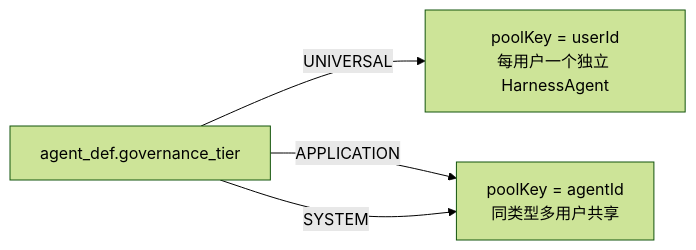
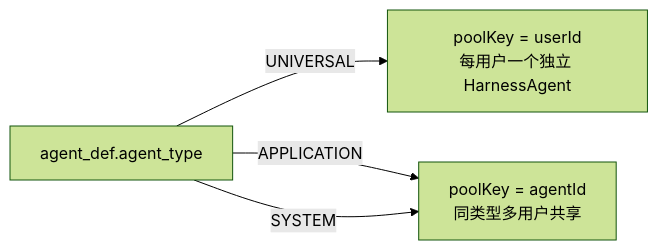
Before and after one commit to HarnessAgentStack/AegisAgent: the fourth of 11 diagrams in docs/runtime-execution-flow.md, drawn with Mermaid (forest theme). The commit also changed other lines of this file and 1 other file, not shown here.

````diff
--- a/docs/runtime-execution-flow.md
+++ b/docs/runtime-execution-flow.md
@@ -105,6 +148,6 @@
 ```mermaid
 flowchart LR
-    A["agent_def.governance_tier"] -->|UNIVERSAL| B["poolKey = userId<br/>每用户一个独立 HarnessAgent"]
+    A["agent_def.agent_type"] -->|UNIVERSAL| B["poolKey = userId<br/>每用户一个独立 HarnessAgent"]
     A -->|APPLICATION| C["poolKey = agentId<br/>同类型多用户共享"]
     A -->|SYSTEM| C
 ```
````
